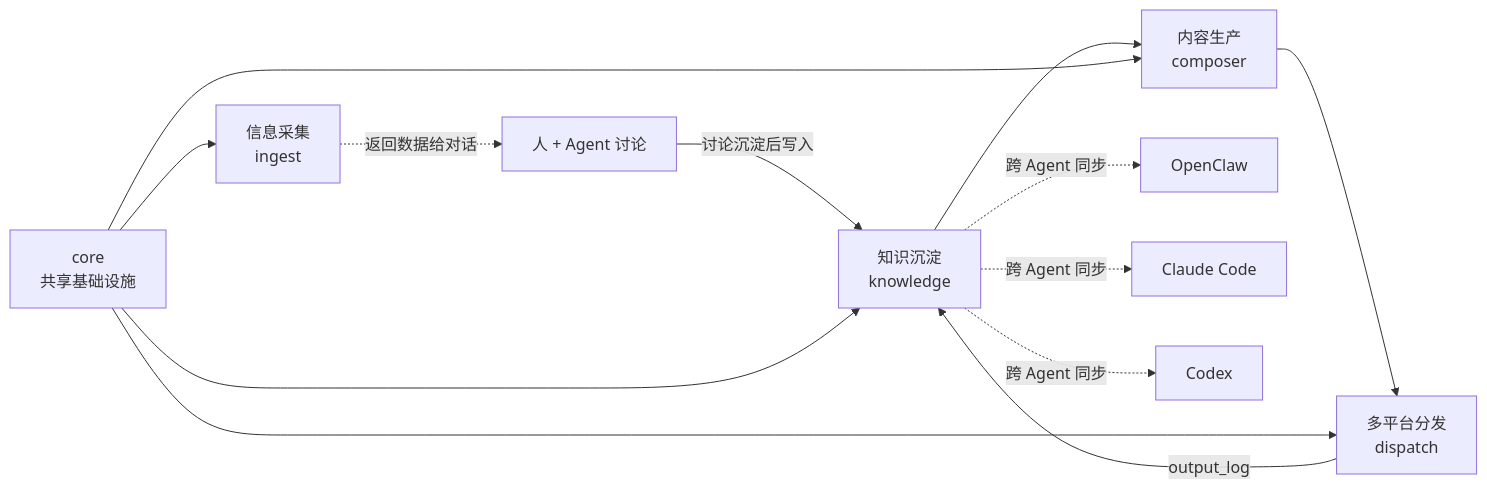
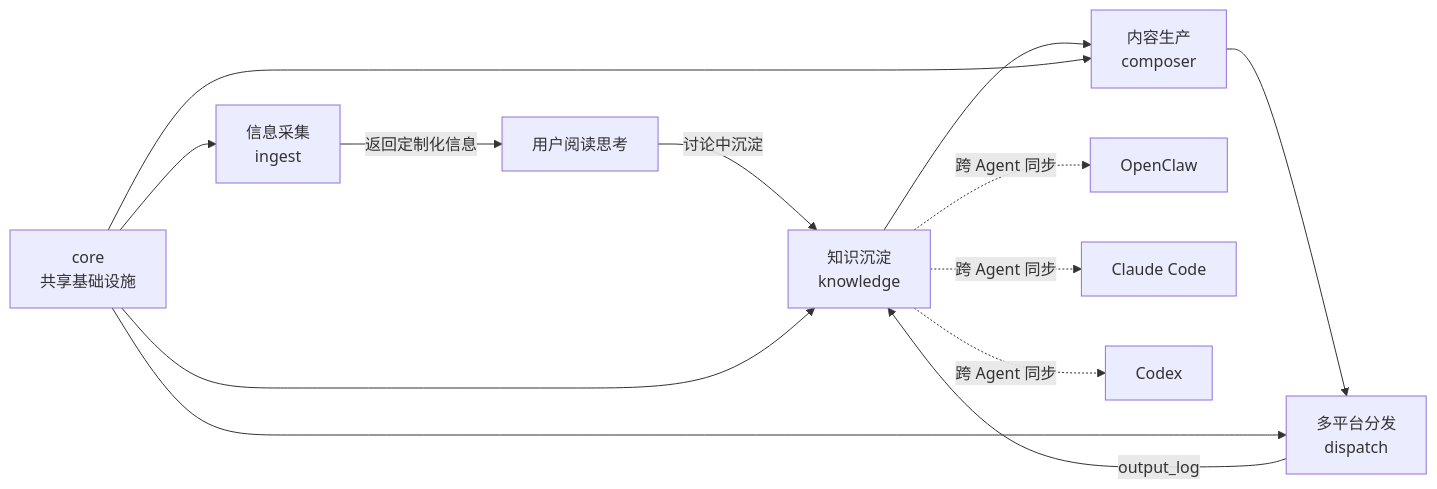
One commit to xinovate/linglong-knowledge changed the first of 6 diagrams in docs/architecture.md. Above: the diagram before and after it, drawn with Mermaid. The commit also changed other lines of this file and 5 other files, not shown here.

````diff
--- a/docs/architecture.md
+++ b/docs/architecture.md
@@ -55,17 +55,17 @@
 ```mermaid
 graph LR
-    A[信息采集<br/>ingest] -.->|返回数据给对话| B[人 + Agent 讨论]
-    B -->|讨论沉淀后写入| C[知识沉淀<br/>knowledge]
+    A[信息采集<br/>ingest] -->|返回定制化信息| B[用户阅读思考]
+    B -->|讨论中沉淀| C[知识沉淀<br/>knowledge]
     C --> D[内容生产<br/>composer]
     D --> E[多平台分发<br/>dispatch]
     E -->|output_log| C
 
     C -.->|跨 Agent 同步| F[OpenClaw]
     C -.->|跨 Agent 同步| G[Claude Code]
     C -.->|跨 Agent 同步| H[Codex]
 
     I[core<br/>共享基础设施] --> A
     I --> C
     I --> D
     I --> E
 ```
````
